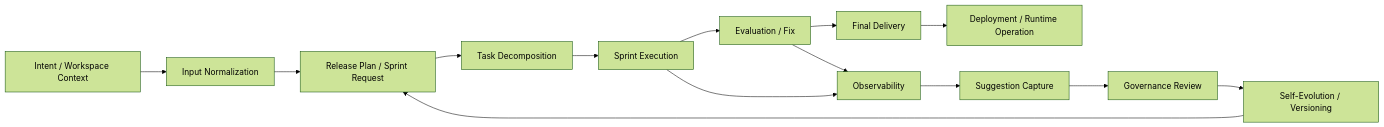
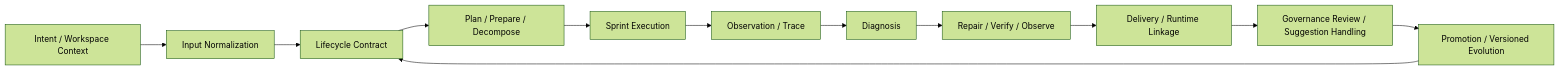
One commit to sprintcycle/sprintcycle changed the second of 4 diagrams in docs/SYSTEM_OVERVIEW.md. Above: the diagram before and after it, drawn with Mermaid (forest theme). The commit also changed other lines of this file and 11 other files, not shown here.

````diff
--- a/docs/SYSTEM_OVERVIEW.md
+++ b/docs/SYSTEM_OVERVIEW.md
@@ -58,16 +62,14 @@
 ```mermaid
 flowchart LR
   I[Intent / Workspace Context] --> N[Input Normalization]
-  N --> R[Release Plan / Sprint Request]
-  R --> T[Task Decomposition]
-  T --> X[Sprint Execution]
-  X --> Q[Evaluation / Fix]
-  Q --> D[Final Delivery]
-  D --> U[Deployment / Runtime Operation]
-  X --> O[Observability]
-  Q --> O
-  O --> V[Suggestion Capture]
-  V --> G[Governance Review]
-  G --> E[Self-Evolution / Versioning]
-  E --> R
+  N --> C[Lifecycle Contract]
+  C --> P[Plan / Prepare / Decompose]
+  P --> X[Sprint Execution]
+  X --> O[Observation / Trace]
+  O --> D[Diagnosis]
+  D --> R[Repair / Verify / Observe]
+  R --> L[Delivery / Runtime Linkage]
+  L --> G[Governance Review / Suggestion Handling]
+  G --> E[Promotion / Versioned Evolution]
+  E --> C
 ```
````
